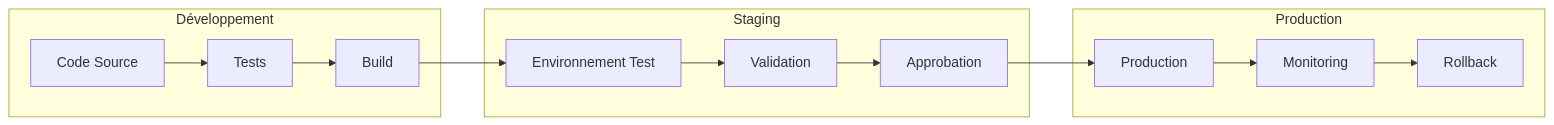
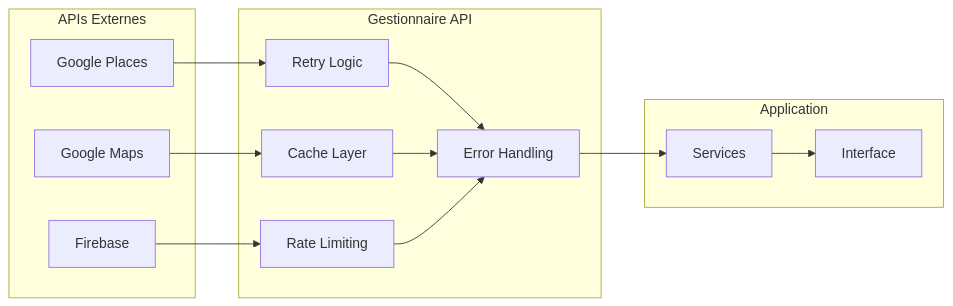
Before and after one commit to Fleau75/Projet-Final: the eighth of 8 diagrams in docs/ARCHITECTURE_GUIDE.md, drawn with Mermaid. The commit also changed other lines of this file and 33 other files, not shown here.

````diff
--- a/docs/ARCHITECTURE_GUIDE.md
+++ b/docs/ARCHITECTURE_GUIDE.md
@@ -584,29 +440,31 @@
 ```mermaid
 graph LR
-    subgraph "Développement"
-        DEV[Code Source]
-        TEST[Tests]
-        BUILD[Build]
+    subgraph "APIs Externes"
+        GOOGLE[Google Places]
+        MAPS[Google Maps]
+        FIREBASE[Firebase]
     end
     
-    subgraph "Staging"
-        STAGING[Environnement Test]
-        VALID[Validation]
-        APPROVE[Approbation]
+    subgraph "Gestionnaire API"
+        RETRY[Retry Logic]
+        CACHE[Cache Layer]
+        RATE_LIMIT[Rate Limiting]
+        ERROR_HANDLING[Error Handling]
     end
     
-    subgraph "Production"
-        PROD[Production]
-        MONITOR[Monitoring]
-        ROLLBACK[Rollback]
+    subgraph "Application"
+        SERVICES[Services]
+        UI[Interface]
     end
     
-    DEV --> TEST
-    TEST --> BUILD
-    BUILD --> STAGING
-    STAGING --> VALID
-    VALID --> APPROVE
-    APPROVE --> PROD
-    PROD --> MONITOR
-    MONITOR --> ROLLBACK
+    GOOGLE --> RETRY
+    MAPS --> CACHE
+    FIREBASE --> RATE_LIMIT
+    
+    RETRY --> ERROR_HANDLING
+    CACHE --> ERROR_HANDLING
+    RATE_LIMIT --> ERROR_HANDLING
+    
+    ERROR_HANDLING --> SERVICES
+    SERVICES --> UI
 ```
````
